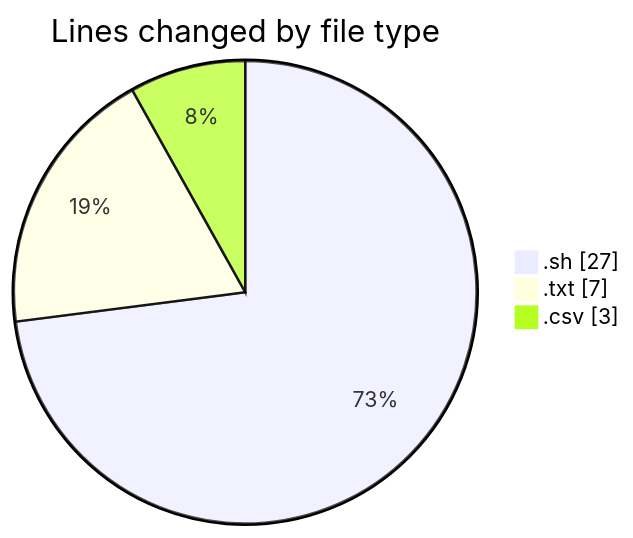
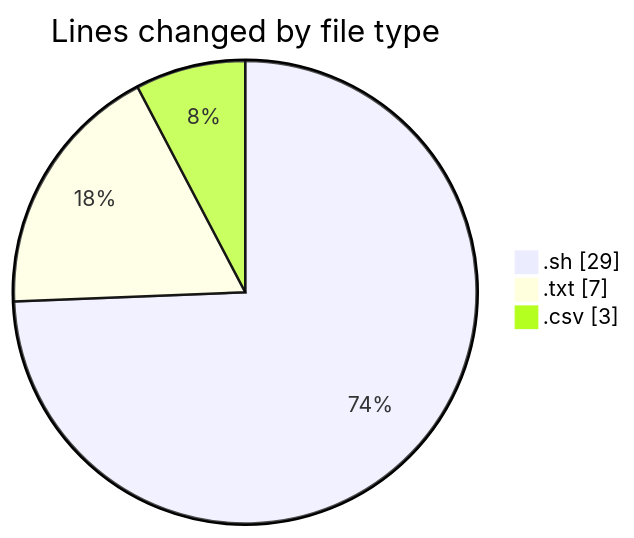
The first of 2 diagrams in 2026-11-12/scripts/README.md (ricardozamudiocil/code-tracking), drawn with Mermaid before and after one commit. The commit also changed other lines of this file and 1 other file, not shown here.

````diff
--- a/2026-11-12/scripts/README.md
+++ b/2026-11-12/scripts/README.md
@@ -22,7 +22,7 @@
 ```mermaid
 pie showData
 title Lines changed by file type
-".sh" : 27
+".sh" : 29
 ".txt" : 7
 ".csv" : 3
 ```
````
